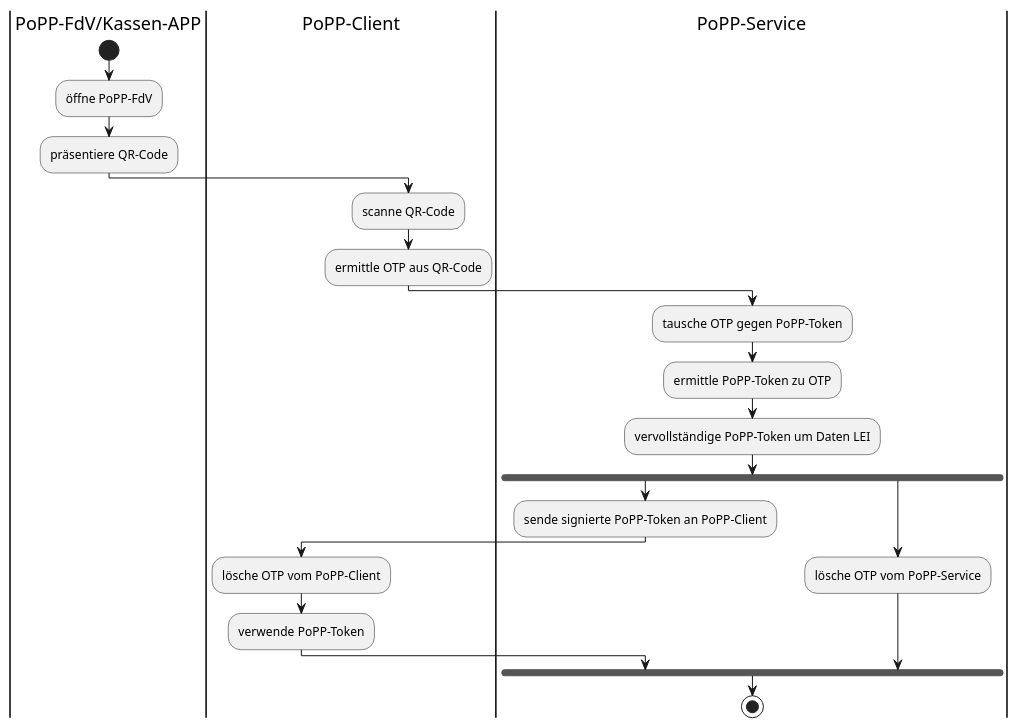
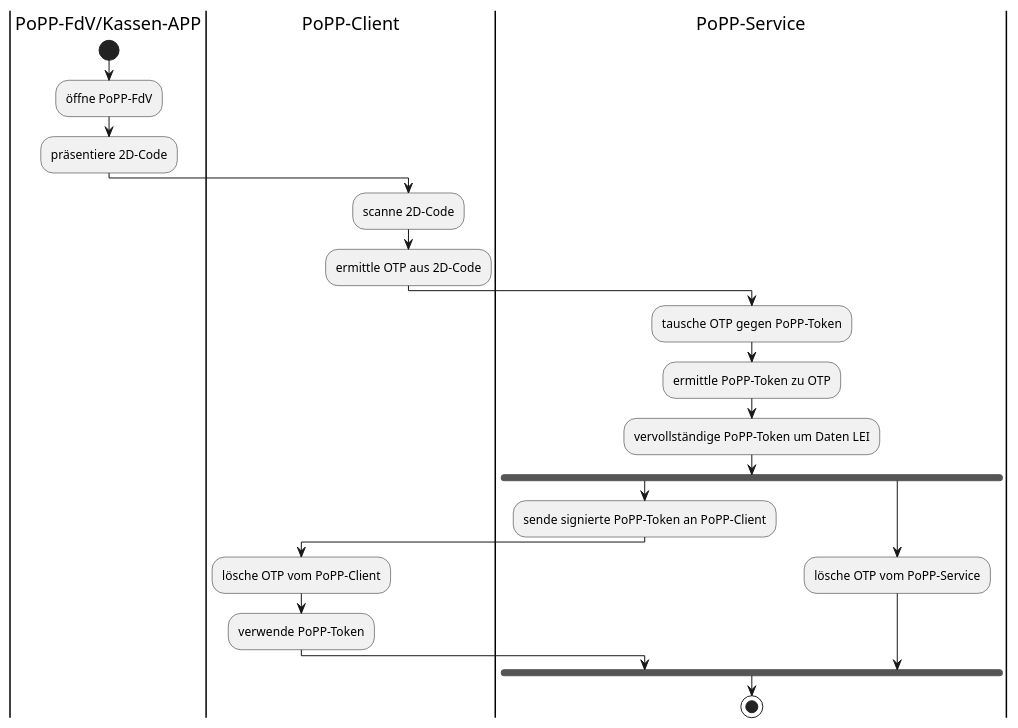
Before and after one commit to gematik/api-popp: the diagram in src/plantuml/AD_PoPP_Einloesen_OTP_in_LEI.puml, drawn with PlantUML. The commit also changed 6 other files, not shown here.

```diff
--- a/src/plantuml/AD_PoPP_Einloesen_OTP_in_LEI.puml
+++ b/src/plantuml/AD_PoPP_Einloesen_OTP_in_LEI.puml
@@ -1,24 +1,24 @@
-@startuml
+@startuml "Einlösen OTP in Kassen-APP und Ausstellen des PoPP-Token in LEI"
 |PoPP-FdV/Kassen-APP|
 start
 :öffne PoPP-FdV;
-:präsentiere QR-Code;
+:präsentiere 2D-Code;
 |PoPP-Client|
-:scanne QR-Code;
-:ermittle OTP aus QR-Code;
+:scanne 2D-Code;
+:ermittle OTP aus 2D-Code;
 |PoPP-Service|
 :tausche OTP gegen PoPP-Token;
 :ermittle PoPP-Token zu OTP;
 :vervollständige PoPP-Token um Daten LEI;
 fork
     :sende signierte PoPP-Token an PoPP-Client;
     |PoPP-Client|
     :lösche OTP vom PoPP-Client;
     :verwende PoPP-Token;
 fork again
     |PoPP-Service|
     :lösche OTP vom PoPP-Service;
 endfork
 stop
 
 @enduml
```
